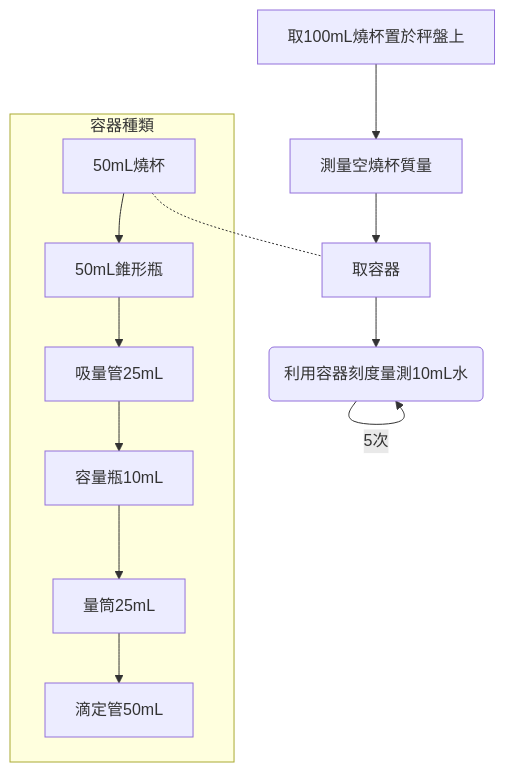
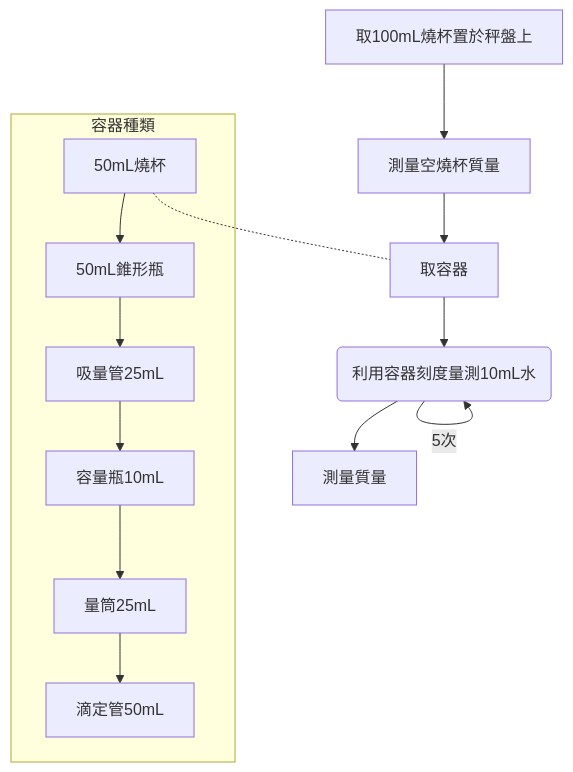
One commit to Ethane1755/Obsidian changed the diagram in Zettelkasten/Untitled.md. Above: the diagram before and after it, drawn with Mermaid. The commit also changed 1 other file, not shown here.

Commit message:
Obsidian Backup 2021-09-15 21:45

````diff
--- a/Zettelkasten/Untitled.md
+++ b/Zettelkasten/Untitled.md
@@ -2,10 +2,11 @@
 ```mermaid
 graph TD
 subgraph 容器種類
 50mL燒杯-->50mL錐形瓶-->吸量管25mL-->容量瓶10mL-->量筒25mL-->滴定管50mL
 end
 取100mL燒杯置於秤盤上-->測量空燒杯質量-->取容器
-取容器-->id1(利用容器刻度量測10mL水)
+取容器-->id1(利用容器刻度量測10mL水)-->測量質量
 id1-->|5次|id1
 50mL燒杯-.-取容器
+
 ```
````
